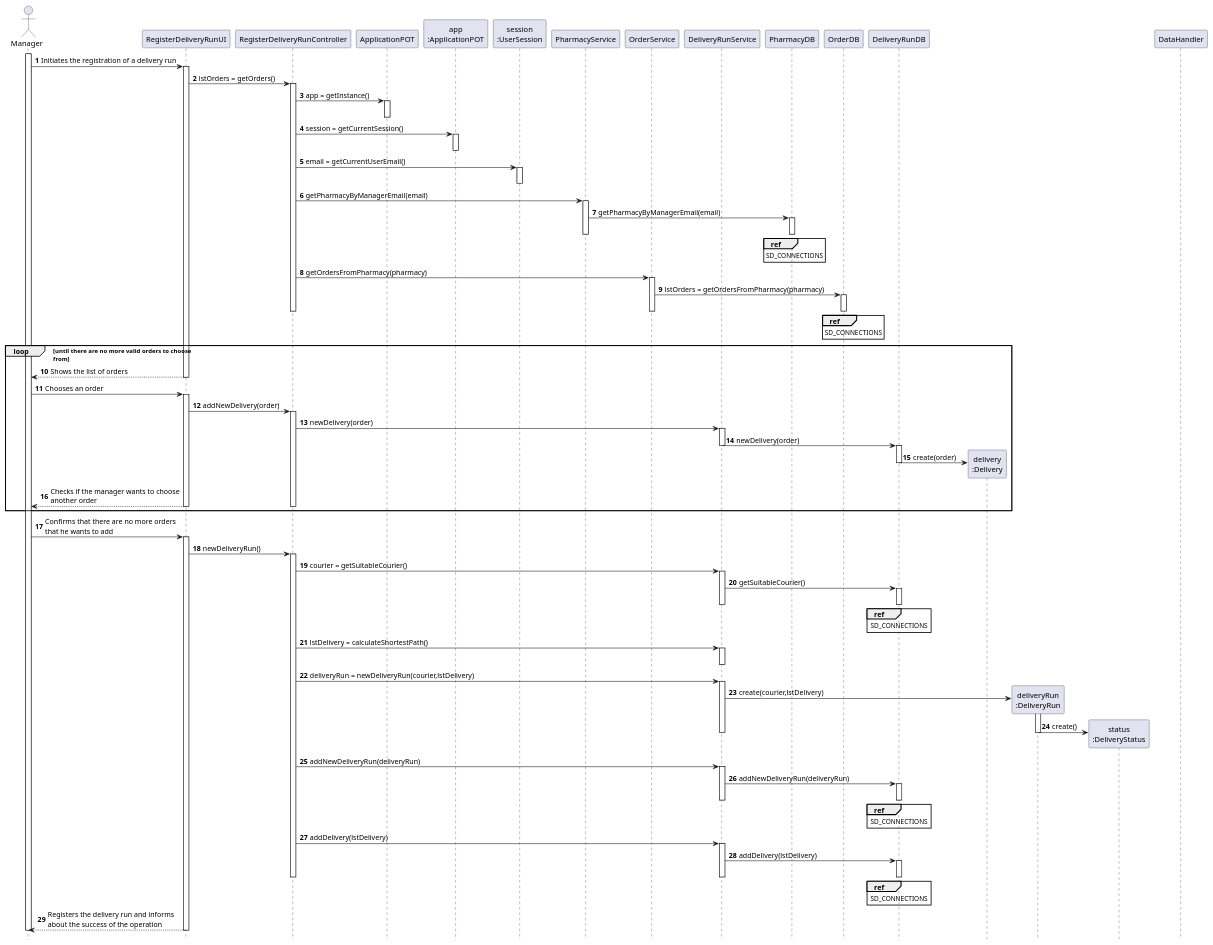
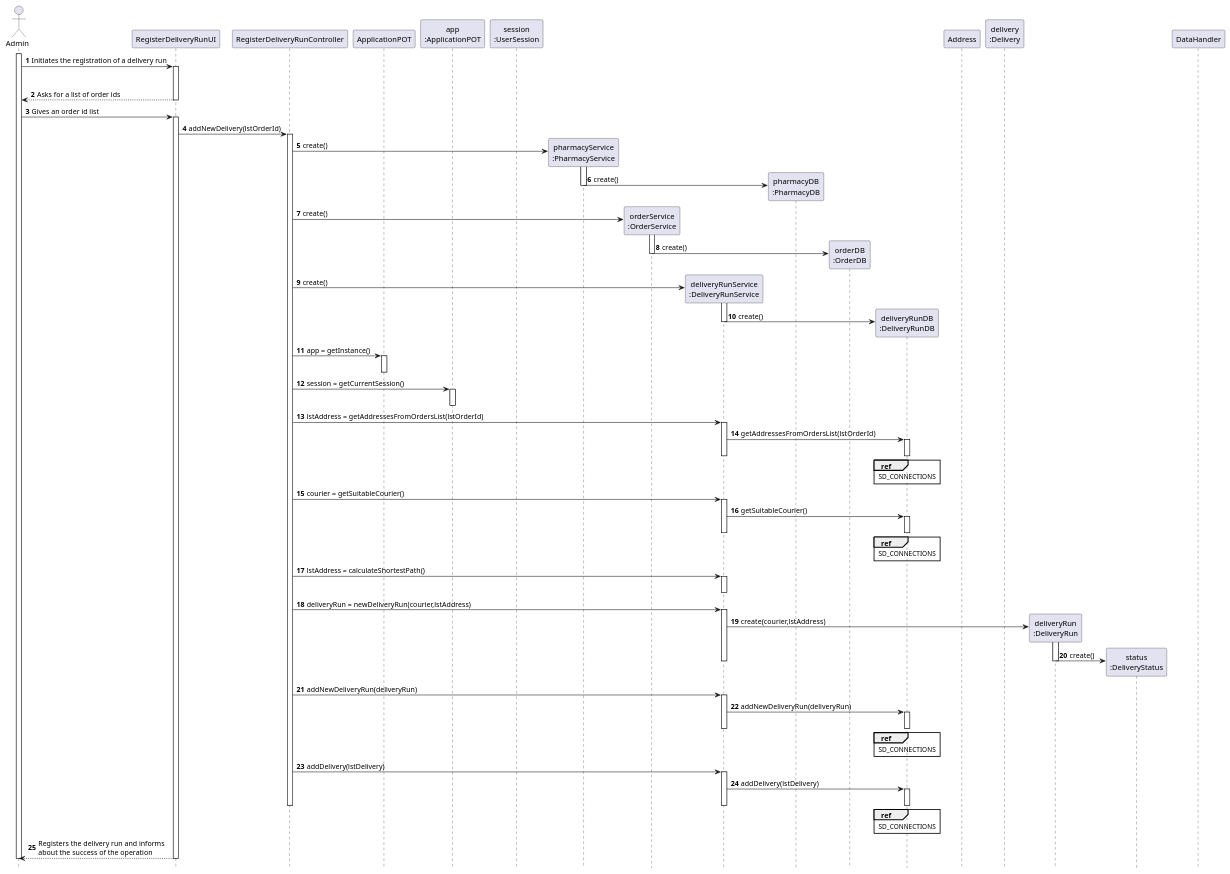
Before and after one commit to tiagoavcosta25/LAPR3: the diagram in docs/Iteration 2/Delivery Management/US206_RegisterDeliveryRun/US206_SD.puml, drawn with PlantUML. The commit also changed 2 other files, not shown here.

Commit message:
LAPR2AP2-219 #fixing Register Delivery Run [Design]

```diff
--- a/docs/Iteration 2/Delivery Management/US206_RegisterDeliveryRun/US206_SD.puml
+++ b/docs/Iteration 2/Delivery Management/US206_RegisterDeliveryRun/US206_SD.puml
@@ -1,162 +1,153 @@
 @startuml
 autonumber
 hide footbox
 
-actor "Manager" as U
+actor "Admin" as U
 
 participant "RegisterDeliveryRunUI" as UI
 participant "RegisterDeliveryRunController" as CTRL
 participant "ApplicationPOT" as _APP
 participant "app\n:ApplicationPOT" as APP
 participant "session\n:UserSession" as SESSION
 
-participant "PharmacyService" as PS
-participant "OrderService" as OS
-participant "DeliveryRunService" as DRS
-participant "PharmacyDB" as PDB
-participant "OrderDB" as ODB
-participant "DeliveryRunDB" as DB
+participant "pharmacyService\n:PharmacyService" as PS
+participant "orderService\n:OrderService" as OS
+participant "deliveryRunService\n:DeliveryRunService" as DRS
+participant "pharmacyDB\n:PharmacyDB" as PDB
+participant "orderDB\n:OrderDB" as ODB
+participant "deliveryRunDB\n:DeliveryRunDB" as DB
+participant "Address" as A
 participant "delivery\n:Delivery" as D
 participant "deliveryRun\n:DeliveryRun" as DR
 participant "status\n:DeliveryStatus" as DS
 
 
 participant "DataHandler" as DH
 
 activate U
 
 U -> UI : Initiates the registration of a delivery run
 activate UI
 
-UI -> CTRL : lstOrders = getOrders()
+
+
+
+
+
+
+
+deactivate ODB
+deactivate CTRL
+
+
+UI --> U: Asks for a list of order ids
+
+deactivate UI
+
+
+
+
+U -> UI : Gives an order id list
+activate UI
+UI -> CTRL : addNewDelivery(lstOrderId)
 activate CTRL
+CTRL -> PS** : create()
+activate PS
+PS -> PDB** : create()
+deactivate PS
+
+CTRL -> OS** : create()
+activate OS
+OS -> ODB** : create()
+deactivate OS
+
+CTRL -> DRS** : create()
+activate DRS
+DRS -> DB** : create()
+deactivate DRS
 CTRL -> _APP: app = getInstance()
 activate _APP
 deactivate _APP
 
 CTRL -> APP : session = getCurrentSession()
 activate APP
 deactivate APP
 
-CTRL -> SESSION: email = getCurrentUserEmail()
-activate SESSION
-deactivate SESSION
+
+CTRL -> DRS : lstAddress = getAddressesFromOrdersList(lstOrderId)
+activate DRS
+DRS -> DB : getAddressesFromOrdersList(lstOrderId)
+activate DB
+
+ref over DB
+SD_CONNECTIONS
+end ref
+deactivate DB
+deactivate DRS
 
 
-CTRL -> PS : getPharmacyByManagerEmail(email)
-activate PS
-PS -> PDB : getPharmacyByManagerEmail(email)
-activate PDB
-deactivate PDB
-deactivate PS
-
-ref over PDB
-SD_CONNECTIONS
-end ref
-
-
-CTRL -> OS : getOrdersFromPharmacy(pharmacy)
-activate OS
-OS -> ODB : lstOrders = getOrdersFromPharmacy(pharmacy)
-activate ODB
-deactivate OS
-
-
-ref over ODB
-SD_CONNECTIONS
-end ref
-deactivate ODB
-deactivate CTRL
-
-
-loop until there are no more valid orders to choose\nfrom
-UI --> U: Shows the list of orders
-
-deactivate UI
-
-
-
-
-U -> UI : Chooses an order
-activate UI
-UI -> CTRL : addNewDelivery(order)
-activate CTRL
-CTRL -> DRS : newDelivery(order)
-activate DRS
-DRS -> DB : newDelivery(order)
-deactivate DRS
-activate DB
-DB -> D** : create(order)
-deactivate DB
-
-UI --> U : Checks if the manager wants to choose\nanother order
-deactivate CTRL
-deactivate UI
-end
-
-
-U -> UI : Confirms that there are no more orders\nthat he wants to add
-
-activate UI
-
-UI -> CTRL : newDeliveryRun()
-
-activate CTRL
 
 CTRL -> DRS : courier = getSuitableCourier()
 activate DRS
 DRS -> DB : getSuitableCourier()
 activate DB
 deactivate DB
 deactivate DRS
 
 ref over DB
 SD_CONNECTIONS
 end ref
 
-CTRL -> DRS : lstDelivery = calculateShortestPath()
+CTRL -> DRS : lstAddress = calculateShortestPath()
 activate DRS
 deactivate DRS
-CTRL -> DRS : deliveryRun = newDeliveryRun(courier,lstDelivery)
+CTRL -> DRS : deliveryRun = newDeliveryRun(courier,lstAddress)
 activate DRS
-DRS -> DR** : create(courier,lstDelivery)
+DRS -> DR** : create(courier,lstAddress)
 activate DR
 DR -> DS** : create()
 deactivate DRS
 
 
 
 deactivate DR
 
 CTRL -> DRS : addNewDeliveryRun(deliveryRun)
 activate DRS
 DRS -> DB : addNewDeliveryRun(deliveryRun)
 activate DB
 deactivate DRS
 ref over DB
 SD_CONNECTIONS
 end ref
 deactivate DB
 
 CTRL -> DRS : addDelivery(lstDelivery)
 activate DRS
 DRS -> DB : addDelivery(lstDelivery)
 
 activate DB
 ref over DB
 SD_CONNECTIONS
 end ref
 deactivate DB
 deactivate DRS
 
 deactivate CTRL
 
 UI --> U : Registers the delivery run and informs\nabout the success of the operation
 deactivate UI
 
 
 
+
+
+
+
+
+
+
 deactivate U
 
 
 @enduml
```
